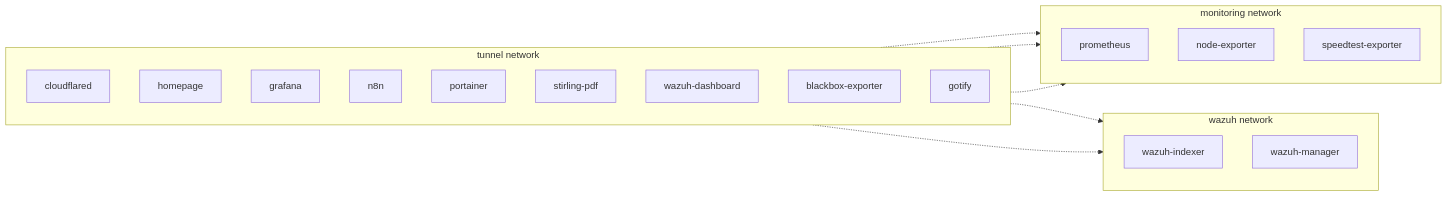
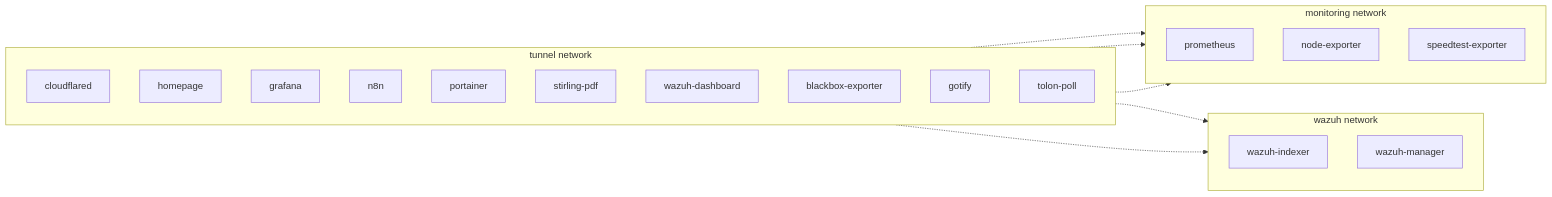
The second of 4 diagrams in README.md (danielpsf/homelab), drawn with Mermaid before and after one commit. The commit also changed other lines of this file, not shown here.

Commit message:
docs: add tolon-poll to the diagrams, services and Terraform sections

````diff
--- a/README.md
+++ b/README.md
@@ -66,34 +72,35 @@
 ```mermaid
 graph LR
     subgraph tunnel[tunnel network]
         direction TB
         cloudflared
         homepage
         grafana
         n8n
         portainer
         stirling-pdf
         wazuh-dashboard
         blackbox-exporter
         gotify
+        tolon-poll
     end
 
     subgraph monitoring[monitoring network]
         direction TB
         prometheus
         node-exporter
         speedtest-exporter
     end
 
     subgraph wazuh[wazuh network]
         direction TB
         wazuh-indexer
         wazuh-manager
     end
 
     homepage -.-> monitoring
     grafana -.-> monitoring
     n8n -.-> monitoring
     n8n -.-> wazuh
     blackbox-exporter -.-> wazuh
 ```
````
